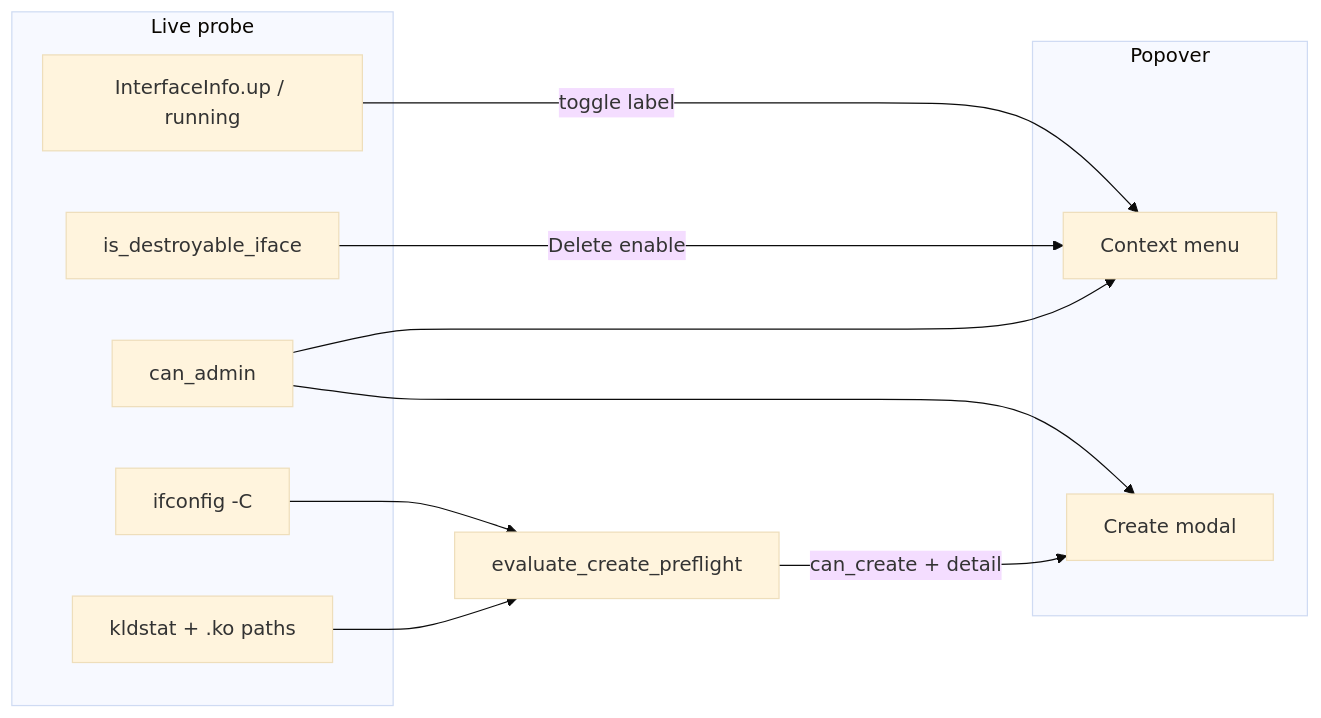
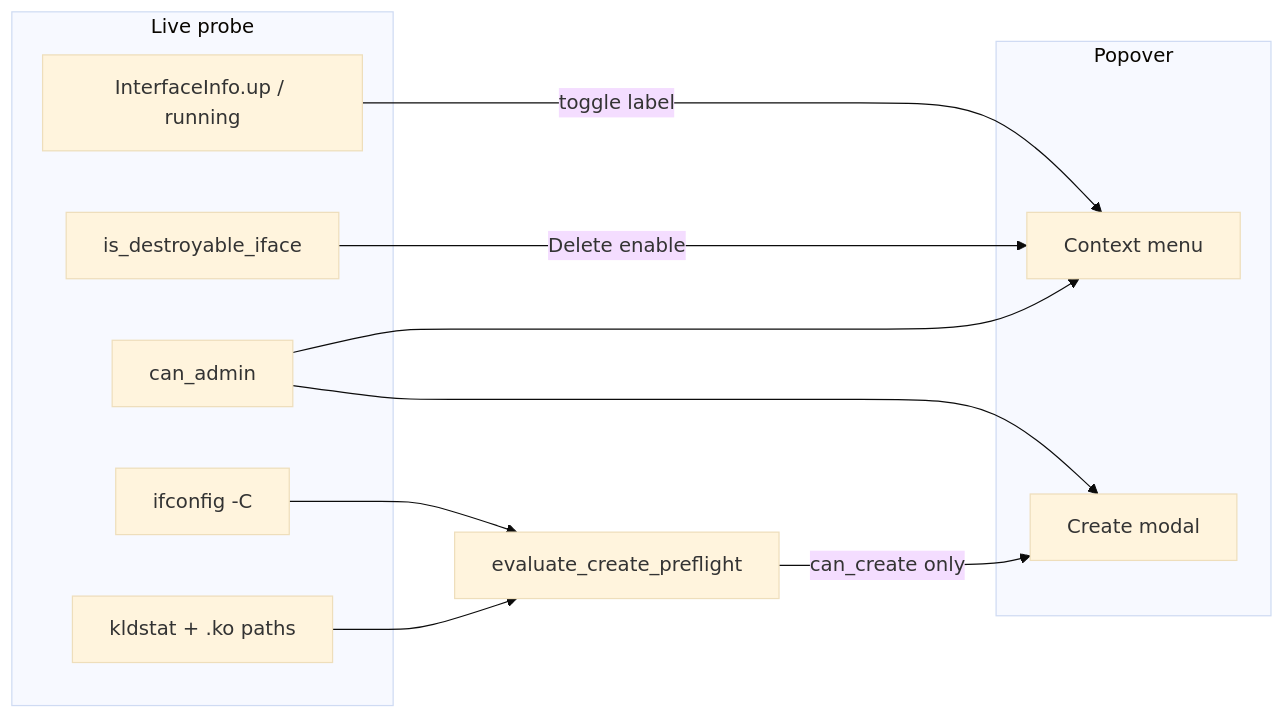
One commit to revytechinc/wf-shell changed the fourth of 5 diagrams in docs/network-control/ARCHITECTURE.md. Above: the diagram before and after it, drawn with Mermaid (base theme). The commit also changed other lines of this file and 11 other files, not shown here.

````diff
--- a/docs/network-control/ARCHITECTURE.md
+++ b/docs/network-control/ARCHITECTURE.md
@@ -116,23 +123,23 @@
 ```mermaid
 flowchart LR
   subgraph probe [Live probe]
     IF[InterfaceInfo.up / running]
     DES[is_destroyable_iface]
     C[ifconfig -C]
     K[kldstat + .ko paths]
     AD[can_admin]
   end
 
   subgraph ui [Popover]
     CTX[Context menu]
     CR[Create modal]
   end
 
   IF -->|toggle label| CTX
   DES -->|Delete enable| CTX
   AD --> CTX
   AD --> CR
   C --> PF[evaluate_create_preflight]
   K --> PF
-  PF -->|can_create + detail| CR
+  PF -->|can_create only| CR
 ```
````
